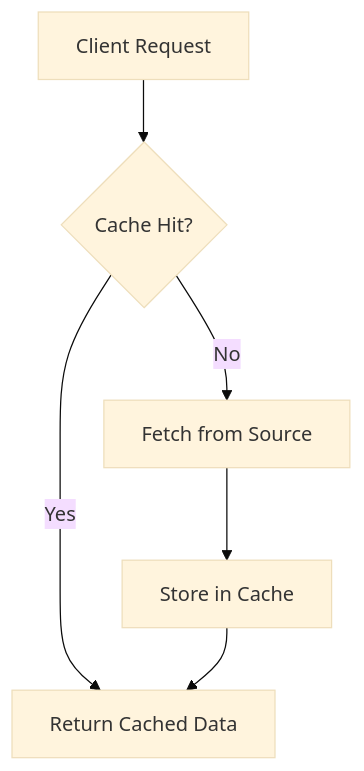
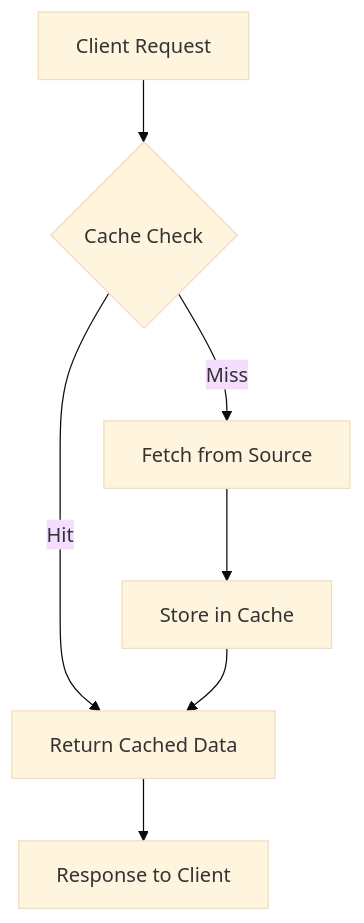
The diagram in caching/README.md (VrushankPatel/interview-matters), drawn with Mermaid (base theme) before and after one commit. The commit also changed other lines of this file and 6 other files, not shown here.

````diff
--- a/caching/README.md
+++ b/caching/README.md
@@ -39,8 +50,9 @@
 ```mermaid
 graph TD
-    A[Client Request] --> B{Cache Hit?}
-    B -->|Yes| C[Return Cached Data]
-    B -->|No| D[Fetch from Source]
+    A[Client Request] --> B{Cache Check}
+    B -->|Hit| C[Return Cached Data]
+    B -->|Miss| D[Fetch from Source]
     D --> E[Store in Cache]
     E --> C
+    C --> F[Response to Client]
 ```
````
